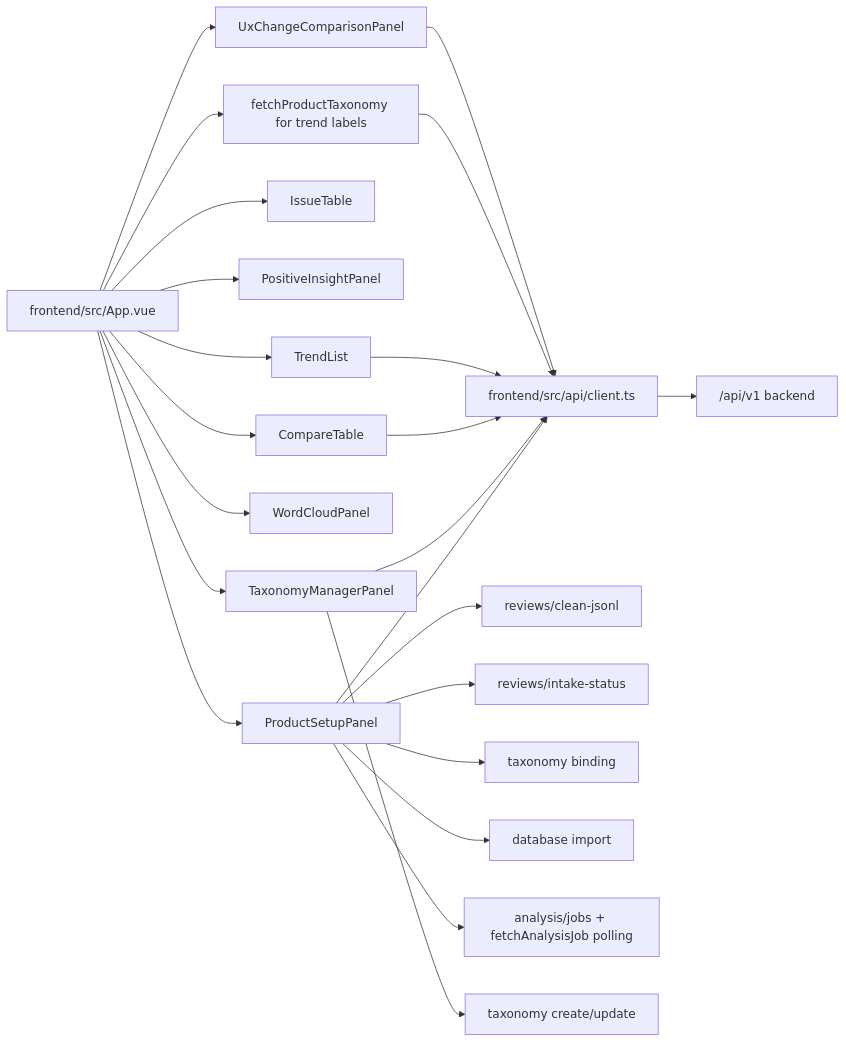
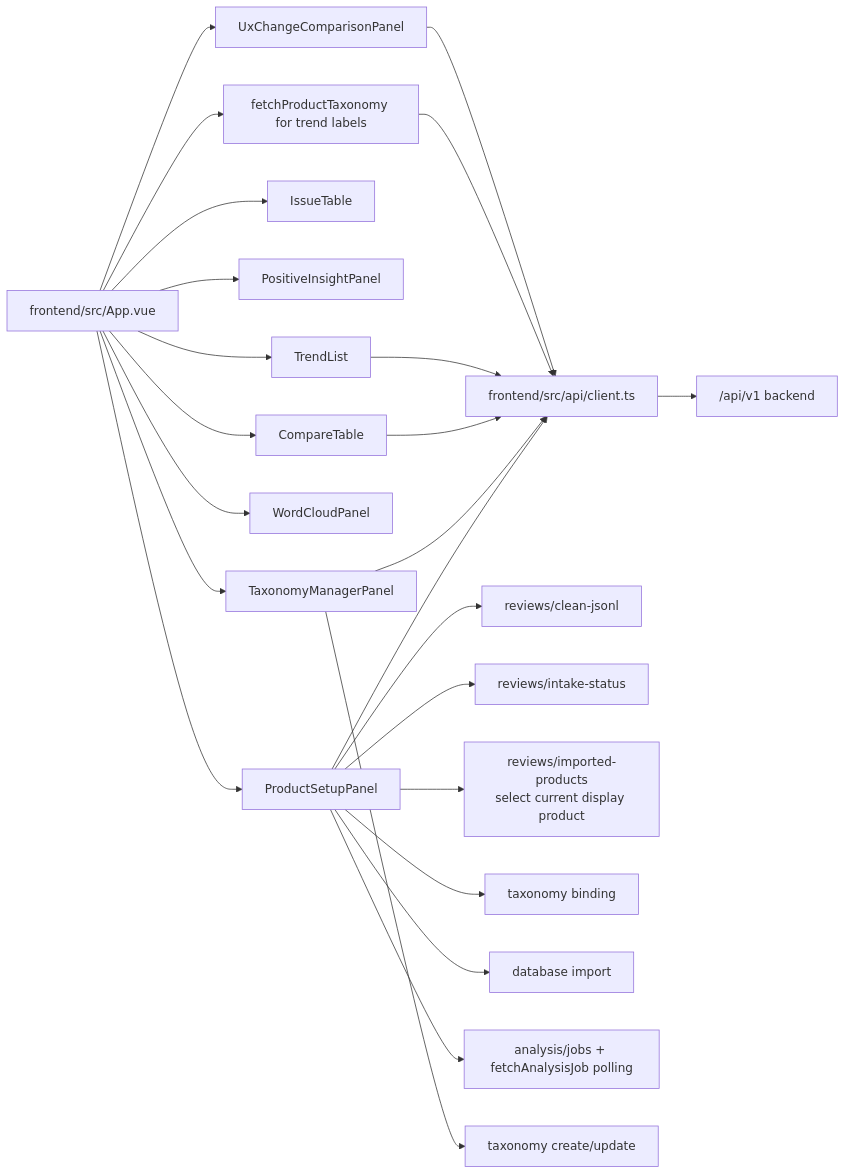
The fourth of 4 diagrams in .nexus-map/arch/dependencies.md (wxy123-wh/review-analyzer), drawn with Mermaid before and after one commit. The commit also changed other lines of this file and 21 other files, not shown here.

Commit message:
feat(voc): add imported product history

````diff
--- a/.nexus-map/arch/dependencies.md
+++ b/.nexus-map/arch/dependencies.md
@@ -88,25 +89,26 @@
 ```mermaid
 flowchart LR
   App["frontend/src/App.vue"] --> Setup["ProductSetupPanel"]
   App --> TaxonomyManager["TaxonomyManagerPanel"]
   App --> Issues["IssueTable"]
   App --> Positive["PositiveInsightPanel"]
   App --> Compare["CompareTable"]
   App --> Trends["TrendList"]
   App --> WordCloud["WordCloudPanel"]
   App --> UxChange["UxChangeComparisonPanel"]
   App --> TrendTaxonomy["fetchProductTaxonomy for trend labels"]
   Setup --> API["frontend/src/api/client.ts"]
   Setup --> JsonlClean["reviews/clean-jsonl"]
   Setup --> IntakeStatus["reviews/intake-status"]
+  Setup --> ProductHistory["reviews/imported-products\nselect current display product"]
   Setup --> TaxonomyBind["taxonomy binding"]
   Setup --> DbImport["database import"]
   Setup --> AnalysisJobs["analysis/jobs + fetchAnalysisJob polling"]
   TaxonomyManager --> API
   TaxonomyManager --> TaxonomySave["taxonomy create/update"]
   Compare --> API
   Trends --> API
   TrendTaxonomy --> API
   UxChange --> API
   API --> Backend["/api/v1 backend"]
 ```
````
